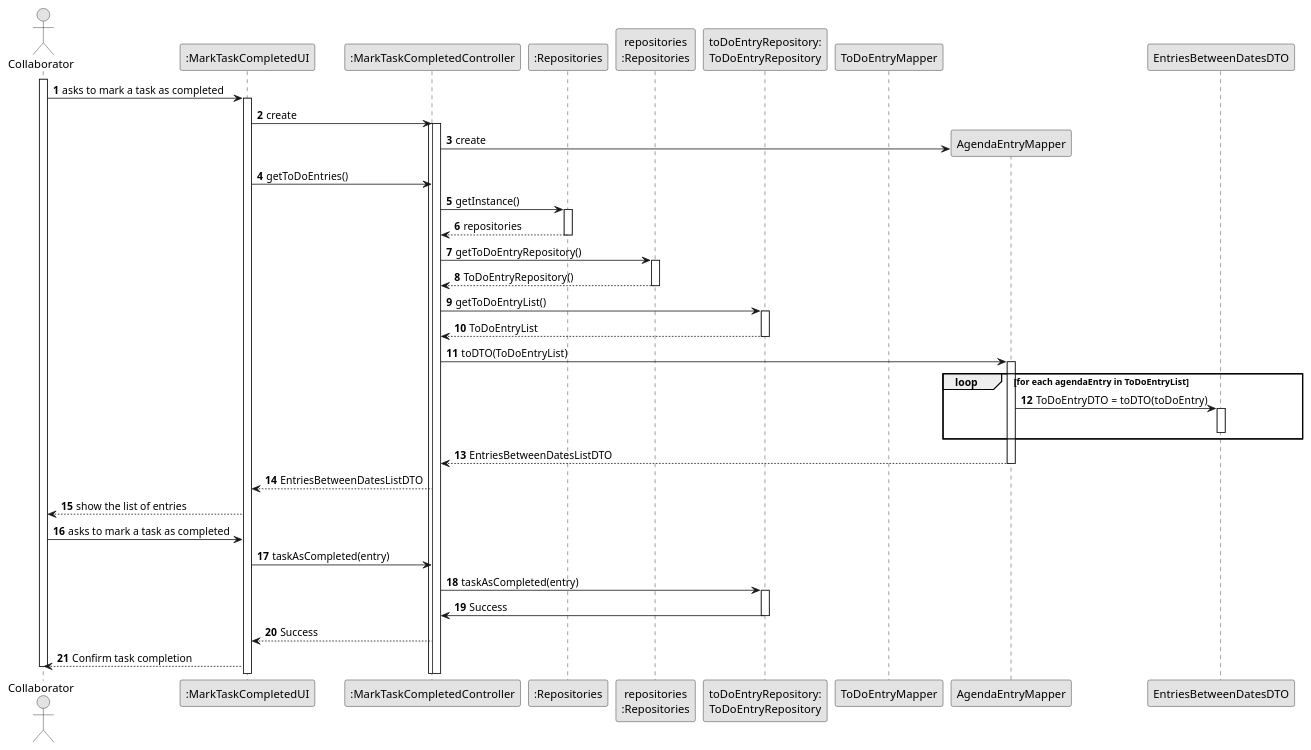
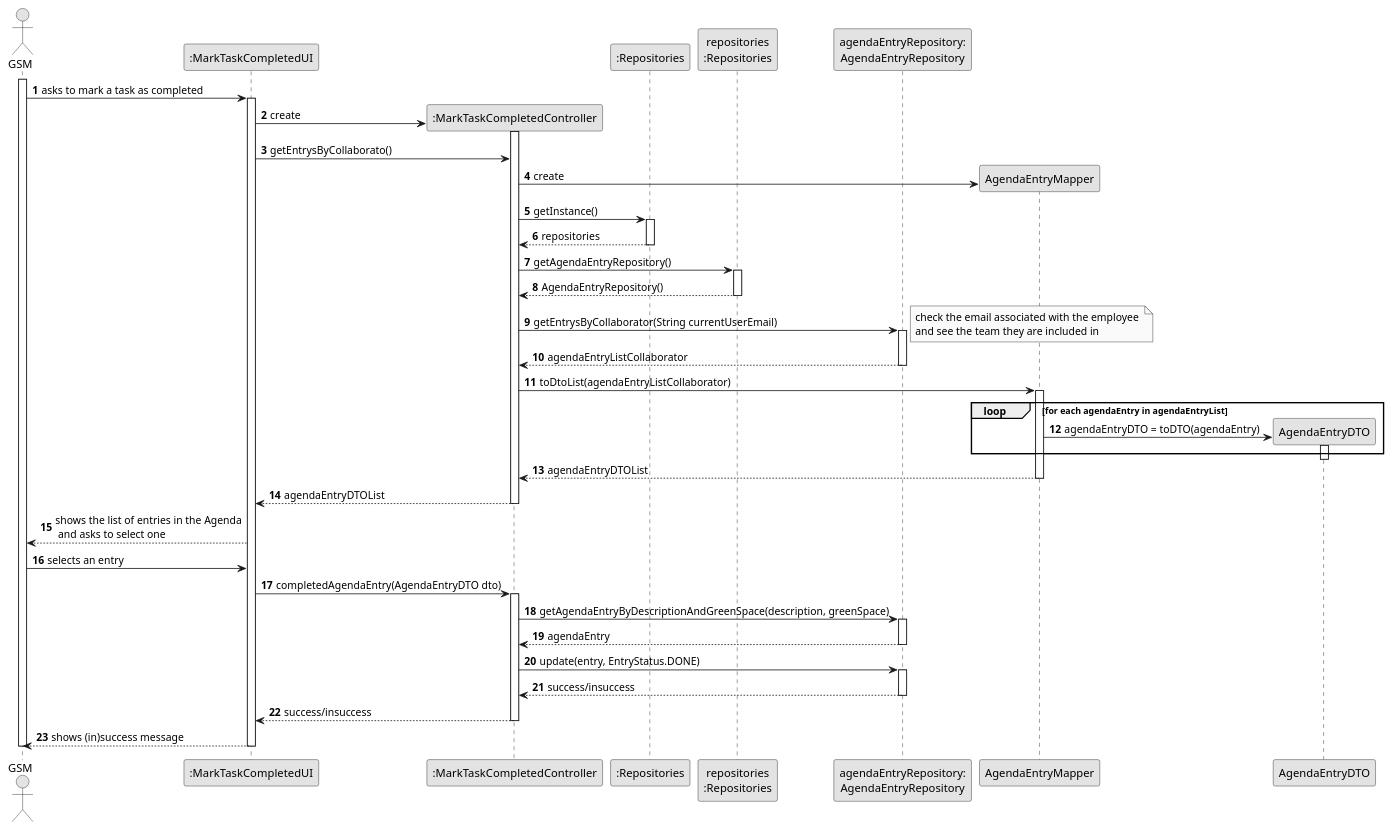
One commit to Departamento-de-Engenharia-Informatica/lei-24-s2-1do-g164 changed the diagram in docs/sprintC/us029/03.design/puml/us029-sequence-diagram-full.puml. Above: the diagram before and after it, drawn with PlantUML. The commit also changed 19 other files, not shown here.

```diff
--- a/docs/sprintC/us029/03.design/puml/us029-sequence-diagram-full.puml
+++ b/docs/sprintC/us029/03.design/puml/us029-sequence-diagram-full.puml
@@ -1,73 +1,116 @@
 @startuml
 skinparam monochrome true
 skinparam packageStyle rectangle
 skinparam shadowing false
 
 autonumber
 
-actor "Collaborator" as ADM
+'hide footbox
+actor "GSM" as GSM
 participant ":MarkTaskCompletedUI" as UI
 participant ":MarkTaskCompletedController" as CTRL
 participant ":Repositories" as RepositorySingleton
 participant "repositories\n:Repositories" as PLAT
-participant "toDoEntryRepository:\nToDoEntryRepository" as TaskCategoryRepository
-participant "ToDoEntryMapper"
+participant "agendaEntryRepository:\nAgendaEntryRepository" as Repo
+participant "AgendaEntryMapper"
+participant "AgendaEntryDTO"
 
-activate ADM
 
-ADM -> UI : asks to mark a task as completed
-activate UI
 
-UI -> CTRL : create
-activate CTRL
+activate GSM
 
-activate CTRL
- CTRL-> "AgendaEntryMapper"** : create
-deactivate "AgendaEntryMapper"
+                GSM -> UI : asks to mark a task as completed
 
-UI -> CTRL : getToDoEntries()
+                activate UI
 
-CTRL -> RepositorySingleton : getInstance()
-activate RepositorySingleton
+                UI -> CTRL** : create
+                activate CTRL
 
-RepositorySingleton --> CTRL : repositories
-deactivate RepositorySingleton
+                 UI-> CTRL: getEntrysByCollaborato()
 
-CTRL -> PLAT : getToDoEntryRepository()
-activate PLAT
+                CTRL -> "AgendaEntryMapper"**:  create
 
-PLAT --> CTRL : ToDoEntryRepository()
-deactivate PLAT
 
-CTRL -> TaskCategoryRepository : getToDoEntryList()
-activate TaskCategoryRepository
 
-TaskCategoryRepository --> CTRL : ToDoEntryList
-deactivate TaskCategoryRepository
 
-CTRL -> "AgendaEntryMapper" : toDTO(ToDoEntryList)
-activate "AgendaEntryMapper"
 
-loop for each agendaEntry in ToDoEntryList
-    "AgendaEntryMapper" -> "EntriesBetweenDatesDTO" : ToDoEntryDTO = toDTO(toDoEntry)
-    activate "EntriesBetweenDatesDTO"
-    deactivate "EntriesBetweenDatesDTO"
-end
-"AgendaEntryMapper" --> CTRL : EntriesBetweenDatesListDTO
-deactivate "AgendaEntryMapper"
 
-CTRL --> UI : EntriesBetweenDatesListDTO
 
-UI --> ADM : show the list of entries
+                CTRL -> RepositorySingleton : getInstance()
+                activate RepositorySingleton
 
-ADM -> UI : asks to mark a task as completed
-UI -> CTRL : taskAsCompleted(entry)
-CTRL -> TaskCategoryRepository : taskAsCompleted(entry)
-activate TaskCategoryRepository
-TaskCategoryRepository -> CTRL : Success
-deactivate TaskCategoryRepository
-CTRL --> UI : Success
-UI --> ADM : Confirm task completion
+                    RepositorySingleton --> CTRL: repositories
+                deactivate RepositorySingleton
 
-deactivate ADM
+
+                CTRL -> PLAT : getAgendaEntryRepository()
+                activate PLAT
+
+                    PLAT --> CTRL: AgendaEntryRepository()
+                deactivate PLAT
+
+
+                CTRL -> Repo :getEntrysByCollaborator(String currentUserEmail)
+                activate Repo
+
+                note right: check the email associated with the employee \nand see the team they are included in
+
+                Repo --> CTRL: agendaEntryListCollaborator
+                deactivate Repo
+
+
+
+
+                CTRL -> "AgendaEntryMapper" : toDtoList(agendaEntryListCollaborator)
+                activate "AgendaEntryMapper"
+
+
+                 loop for each agendaEntry in agendaEntryList
+
+                 "AgendaEntryMapper" -> "AgendaEntryDTO"** : agendaEntryDTO = toDTO(agendaEntry)
+
+                  activate "AgendaEntryDTO"
+                  end
+                deactivate "AgendaEntryDTO"
+
+                "AgendaEntryMapper" --> CTRL : agendaEntryDTOList
+                deactivate "AgendaEntryMapper"
+
+                 CTRL --> UI : agendaEntryDTOList
+                 deactivate CTRL
+
+                  UI --> GSM : shows the list of entries in the Agenda\n and asks to select one
+
+
+                 GSM-> UI: selects an entry
+
+
+
+                UI-> CTRL: completedAgendaEntry(AgendaEntryDTO dto)
+                deactivate "AgendaEntryDTO"
+                activate CTRL
+
+                CTRL-> Repo: getAgendaEntryByDescriptionAndGreenSpace(description, greenSpace)
+                activate Repo
+                Repo-->CTRL: agendaEntry
+                deactivate Repo
+
+
+
+                CTRL-> Repo: update(entry, EntryStatus.DONE)
+
+                activate Repo
+                Repo-->CTRL: success/insuccess
+
+
+              deactivate Repo
+
+                CTRL --> UI : success/insuccess
+                deactivate CTRL
+               UI --> GSM : shows (in)success message
+               deactivate UI
+
+
+               deactivate GSM
+
 @enduml
```
